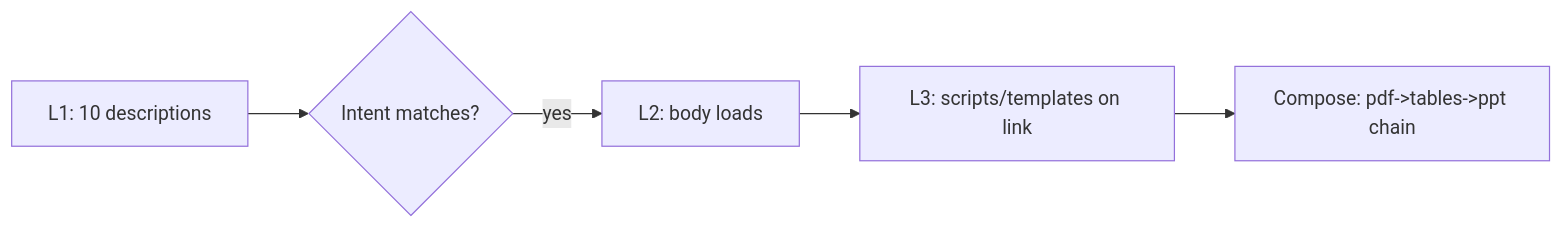
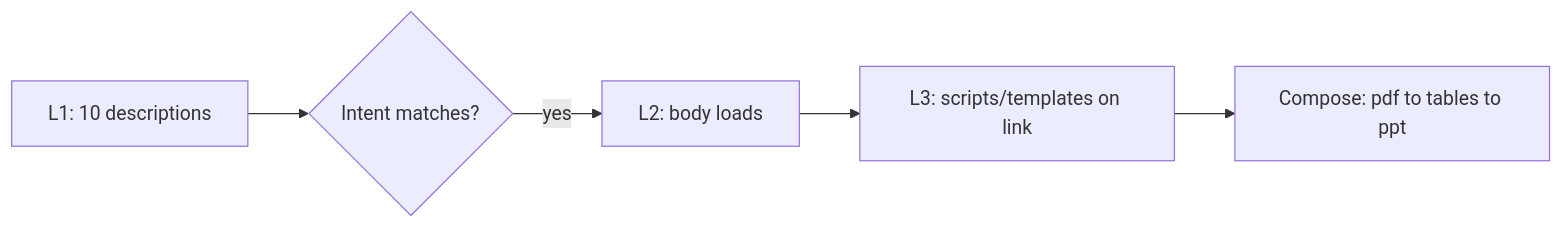
One commit to lakshay-goyal/learning-phase changed the diagram in AI-Engineering/Claude-Code/notes/09-Skills.md. Above: the diagram before and after it, drawn with Mermaid. The commit also changed other lines of this file and 39 other files, not shown here.

````diff
--- a/AI-Engineering/Claude-Code/notes/09-Skills.md
+++ b/AI-Engineering/Claude-Code/notes/09-Skills.md
@@ -77,7 +74,7 @@
 ```mermaid
 flowchart LR
   A[L1: 10 descriptions] --> B{Intent matches?}
   B -->|yes| C[L2: body loads]
   C --> D[L3: scripts/templates on link]
-  D --> E[Compose: pdf->tables->ppt chain]
+  D --> E[Compose: pdf to tables to ppt]
 ```
````
